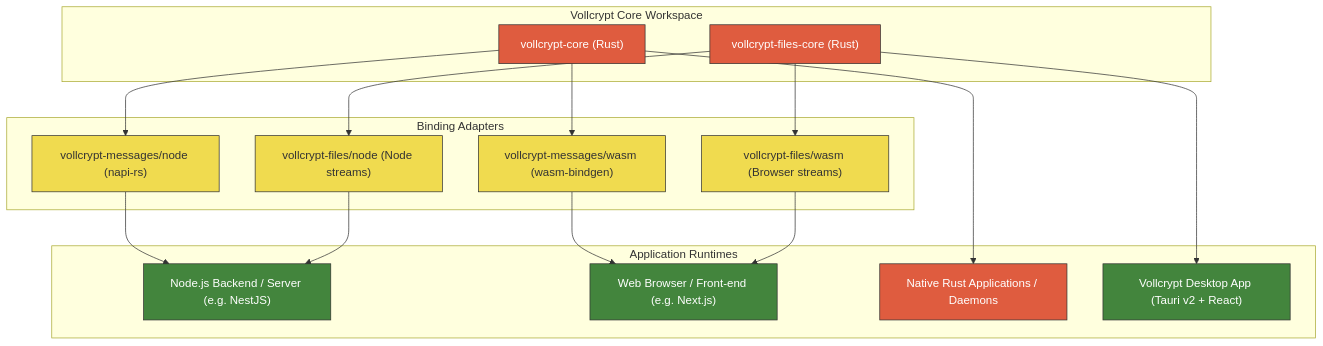
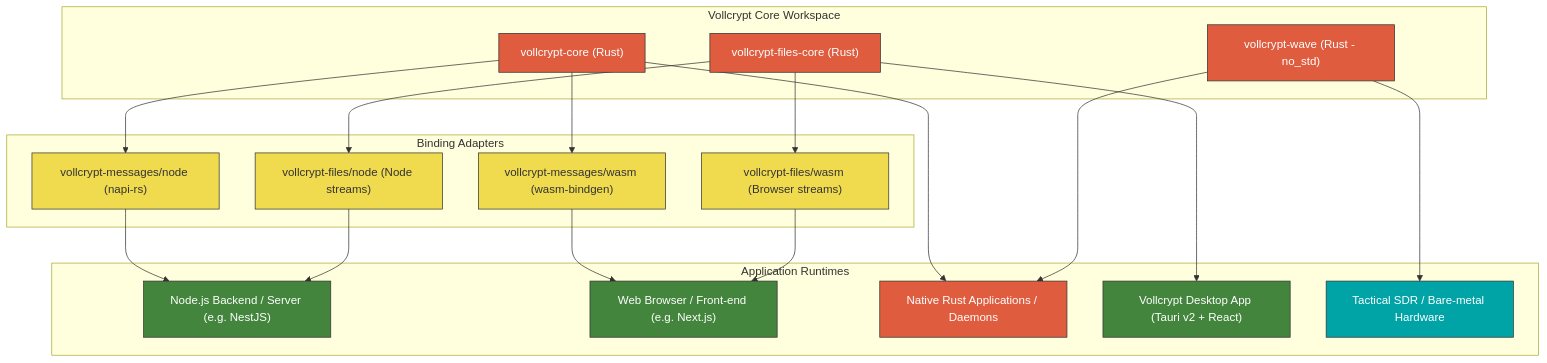
Before and after one commit to BeratVural/vollcrypt: the diagram in README.md, drawn with Mermaid. The commit also changed other lines of this file and 1 other file, not shown here.

Commit message:
feat: Update README to include vollcrypt-wave module and enhance descriptions

````diff
--- a/README.md
+++ b/README.md
@@ -50,37 +51,43 @@
 ```mermaid
 graph TD
     classDef rust fill:#df5c3f,stroke:#333,stroke-width:1px,color:#fff;
     classDef bindings fill:#f0db4f,stroke:#333,stroke-width:1px,color:#333;
     classDef runtime fill:#43853d,stroke:#333,stroke-width:1px,color:#fff;
+    classDef hardware fill:#00a3a6,stroke:#333,stroke-width:1px,color:#fff;
 
     subgraph Core ["Vollcrypt Core Workspace"]
         vollcrypt_core["vollcrypt-files-core (Rust)"]:::rust
         vollcrypt_messages_core["vollcrypt-core (Rust)"]:::rust
+        vollcrypt_wave["vollcrypt-wave (Rust - no_std)"]:::rust
     end
 
     subgraph Bindings ["Binding Adapters"]
         napi["vollcrypt-messages/node (napi-rs)"]:::bindings
         wasm["vollcrypt-messages/wasm (wasm-bindgen)"]:::bindings
         files_node["vollcrypt-files/node (Node streams)"]:::bindings
         files_wasm["vollcrypt-files/wasm (Browser streams)"]:::bindings
     end
 
     subgraph Clients ["Application Runtimes"]
         node_app["Node.js Backend / Server (e.g. NestJS)"]:::runtime
         web_app["Web Browser / Front-end (e.g. Next.js)"]:::runtime
         native_app["Native Rust Applications / Daemons"]:::rust
         desktop_app["Vollcrypt Desktop App (Tauri v2 + React)"]:::runtime
+        embedded_app["Tactical SDR / Bare-metal Hardware"]:::hardware
     end
 
     vollcrypt_messages_core --> napi
     vollcrypt_messages_core --> wasm
     vollcrypt_core --> files_node
     vollcrypt_core --> files_wasm
     vollcrypt_core --> desktop_app
 
     napi --> node_app
     wasm --> web_app
     files_node --> node_app
     files_wasm --> web_app
     vollcrypt_messages_core --> native_app
+    
+    vollcrypt_wave --> embedded_app
+    vollcrypt_wave --> native_app
 ```
````
